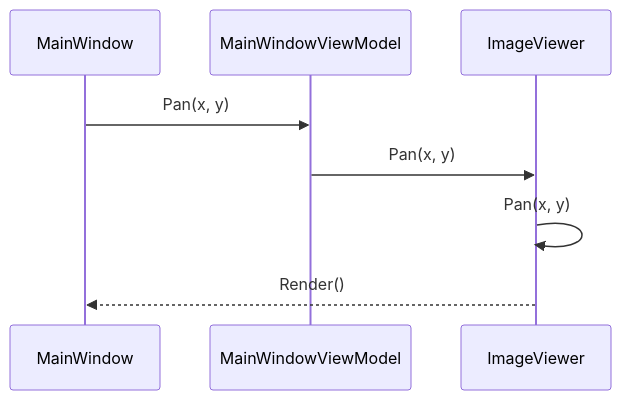
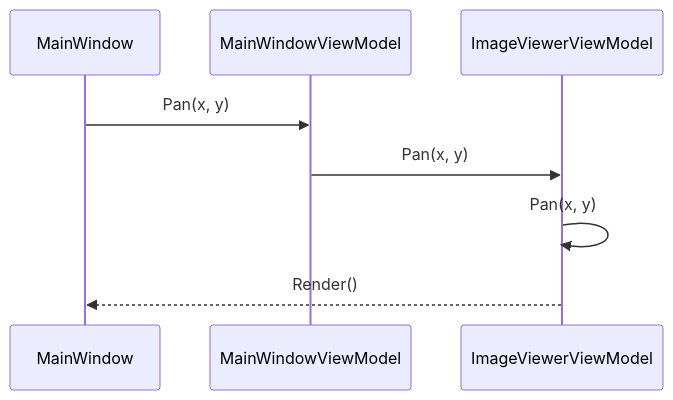
One commit to inden-t/DicomApp changed the fourth of 5 diagrams in projects/WpfApp/README.md. Above: the diagram before and after it, drawn with Mermaid. The commit also changed other lines of this file, not shown here.

````diff
--- a/projects/WpfApp/README.md
+++ b/projects/WpfApp/README.md
@@ -179,11 +190,11 @@
 ```mermaid
 sequenceDiagram
     participant MainWindow
     participant MainWindowViewModel
-    participant ImageViewer
+    participant ImageViewerViewModel
 
     MainWindow ->> MainWindowViewModel: Pan(x, y)
-    MainWindowViewModel ->> ImageViewer: Pan(x, y)
-    ImageViewer ->> ImageViewer: Pan(x, y)
-    ImageViewer -->> MainWindow: Render()
+    MainWindowViewModel ->> ImageViewerViewModel: Pan(x, y)
+    ImageViewerViewModel ->> ImageViewerViewModel: Pan(x, y)
+    ImageViewerViewModel -->> MainWindow: Render()
 ```
````
